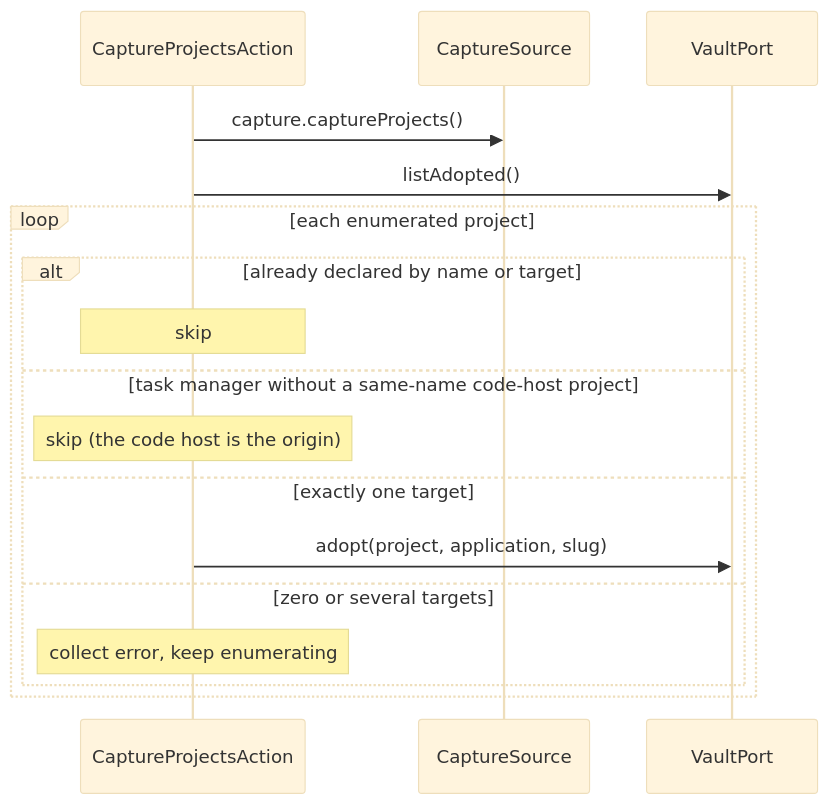
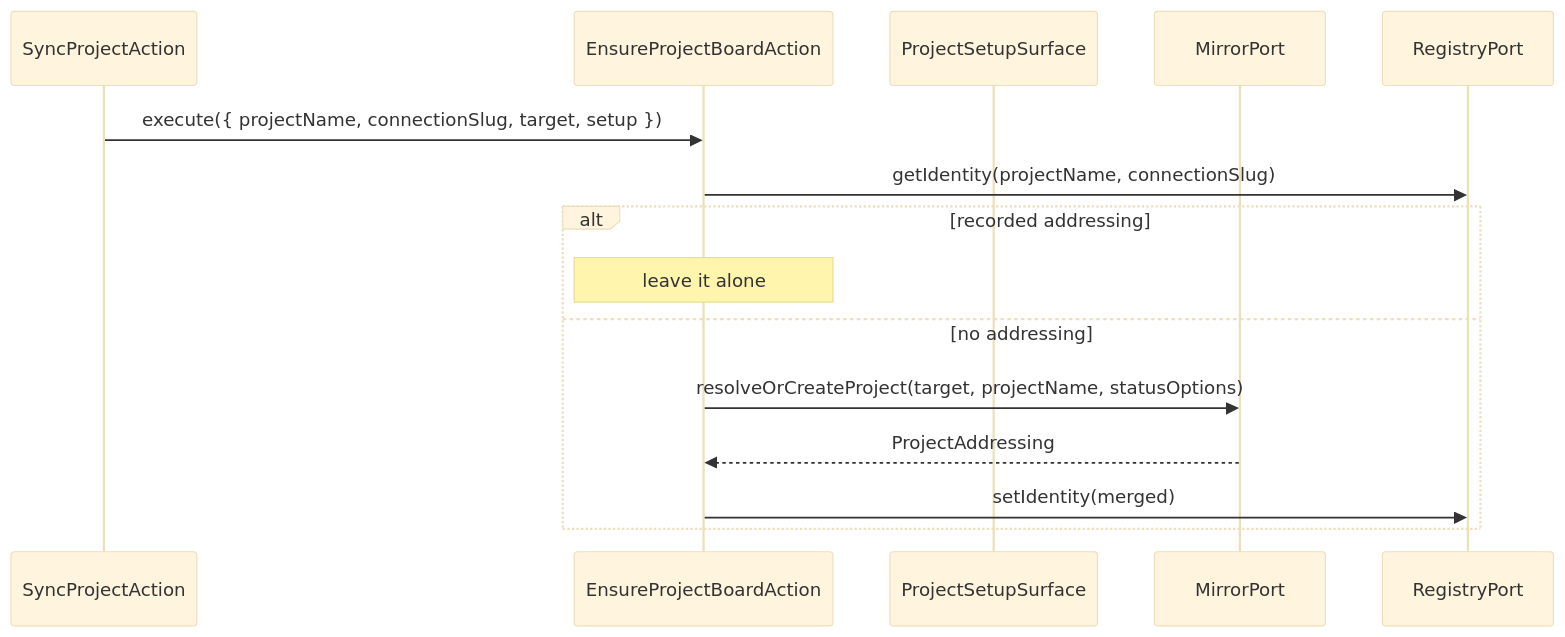
The seventh of 16 diagrams in docs/developer-manual.md (99linesofcode/obsidian-project-management), drawn with Mermaid (base theme) before and after one commit. The commit also changed other lines of this file and 1 other file, not shown here.

First line of the commit message:
docs(origination): the resolve-or-create flow and the retired setup surface

````diff
--- a/docs/developer-manual.md
+++ b/docs/developer-manual.md
@@ -426,20 +405,18 @@
 ```mermaid
 sequenceDiagram
-  participant C as CaptureProjectsAction
-  participant S as CaptureSource
-  participant V as VaultPort
+  participant SP as SyncProjectAction
+  participant Ens as EnsureProjectBoardAction
+  participant Setup as ProjectSetupSurface
+  participant R as MirrorPort
+  participant SS as RegistryPort
 
-  C->>S: capture.captureProjects()
-  C->>V: listAdopted()
-  loop each enumerated project
-    alt already declared by name or target
-      Note over C: skip
-    else task manager without a same-name code-host project
-      Note over C: skip (the code host is the origin)
-    else exactly one target
-      C->>V: adopt(project, application, slug)
-    else zero or several targets
-      Note over C: collect error, keep enumerating
-    end
+  SP->>Ens: execute({ projectName, connectionSlug, target, setup })
+  Ens->>SS: getIdentity(projectName, connectionSlug)
+  alt recorded addressing
+    Note over Ens: leave it alone
+  else no addressing
+    Ens->>R: resolveOrCreateProject(target, projectName, statusOptions)
+    R-->>Ens: ProjectAddressing
+    Ens->>SS: setIdentity(merged)
   end
 ```
````
